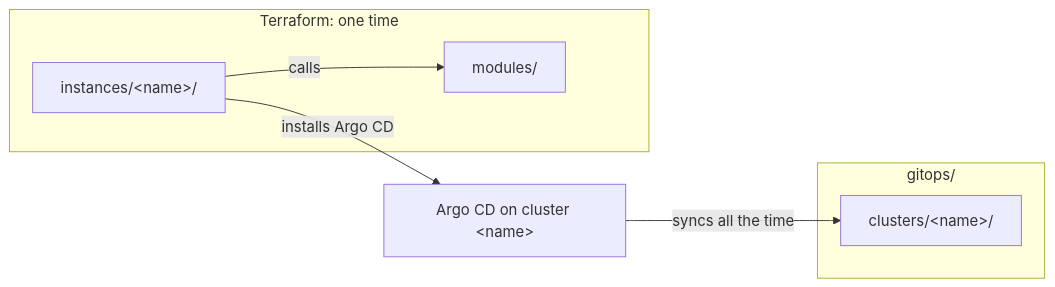
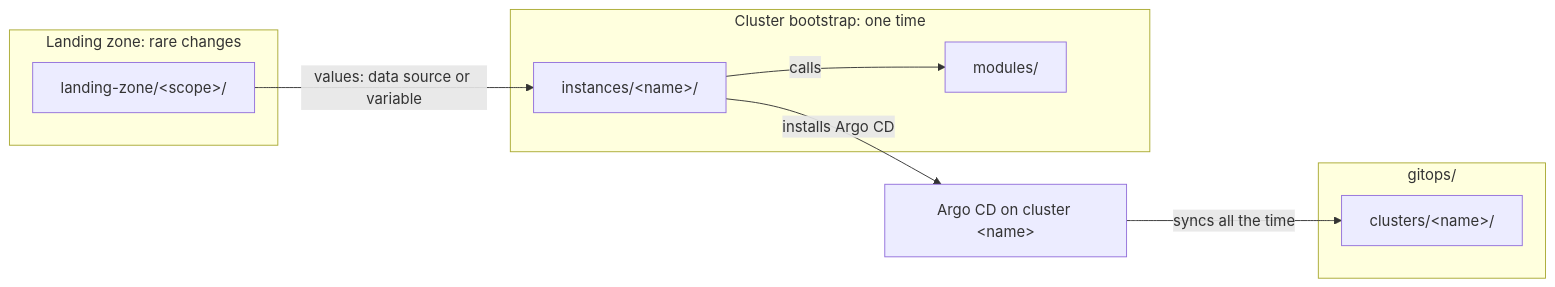
Before and after one commit to gsuquet/homelab: the diagram in docs/explanation/repository-structure.md, drawn with Mermaid. The commit also changed other lines of this file and 1 other file, not shown here.

````diff
--- a/docs/explanation/repository-structure.md
+++ b/docs/explanation/repository-structure.md
@@ -13,13 +32,17 @@
 ```mermaid
 flowchart LR
-    subgraph terraform["Terraform: one time"]
+    subgraph lz["Landing zone: rare changes"]
+        L["landing-zone/#lt;scope#gt;/"]
+    end
+    subgraph terraform["Cluster bootstrap: one time"]
         M["modules/"]
         I["instances/#lt;name#gt;/"]
         I -->|calls| M
     end
     subgraph git["gitops/"]
         CL["clusters/#lt;name#gt;/"]
     end
+    L -->|values: data source or variable| I
     I -->|installs Argo CD| A["Argo CD on cluster #lt;name#gt;"]
     A -->|syncs all the time| CL
 ```
````
